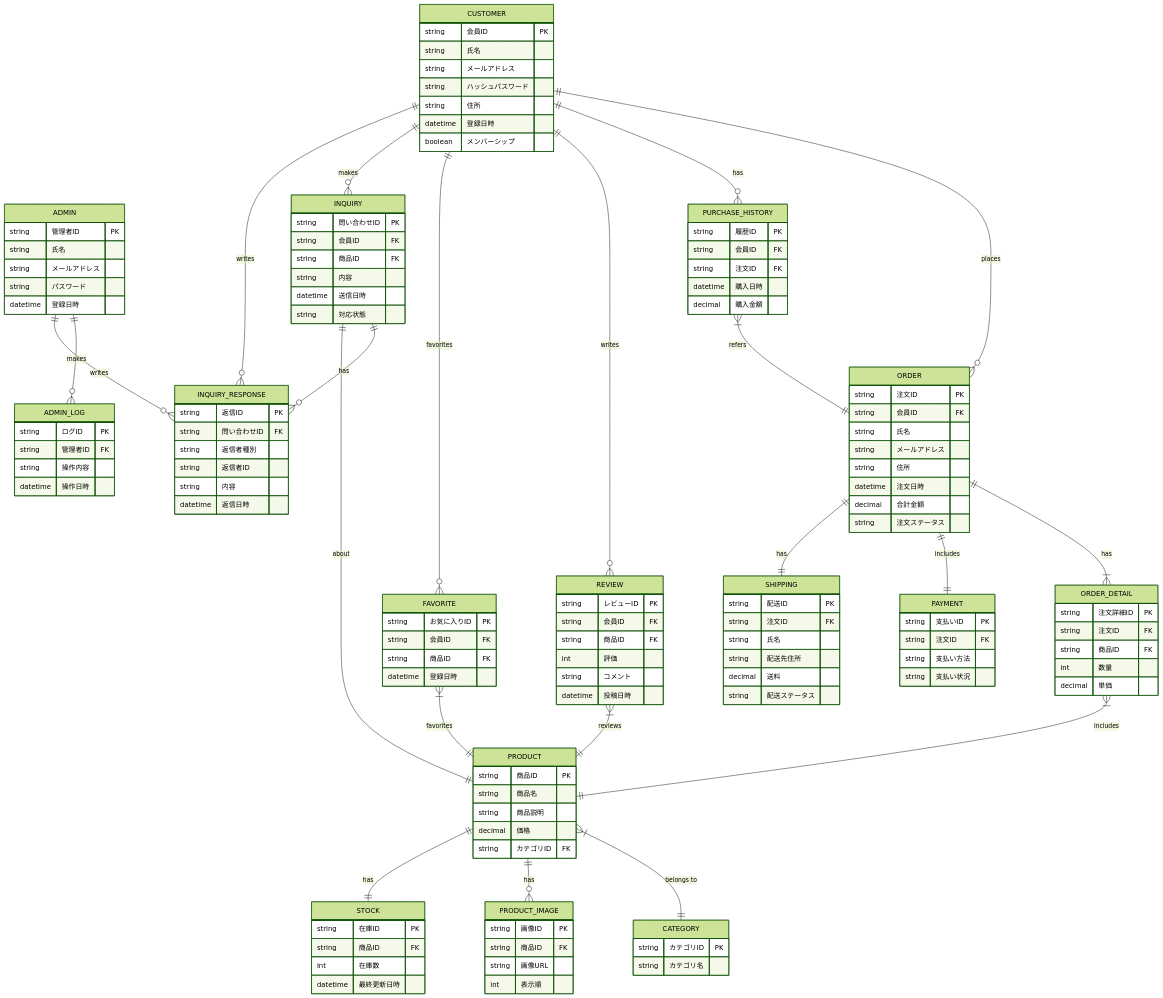
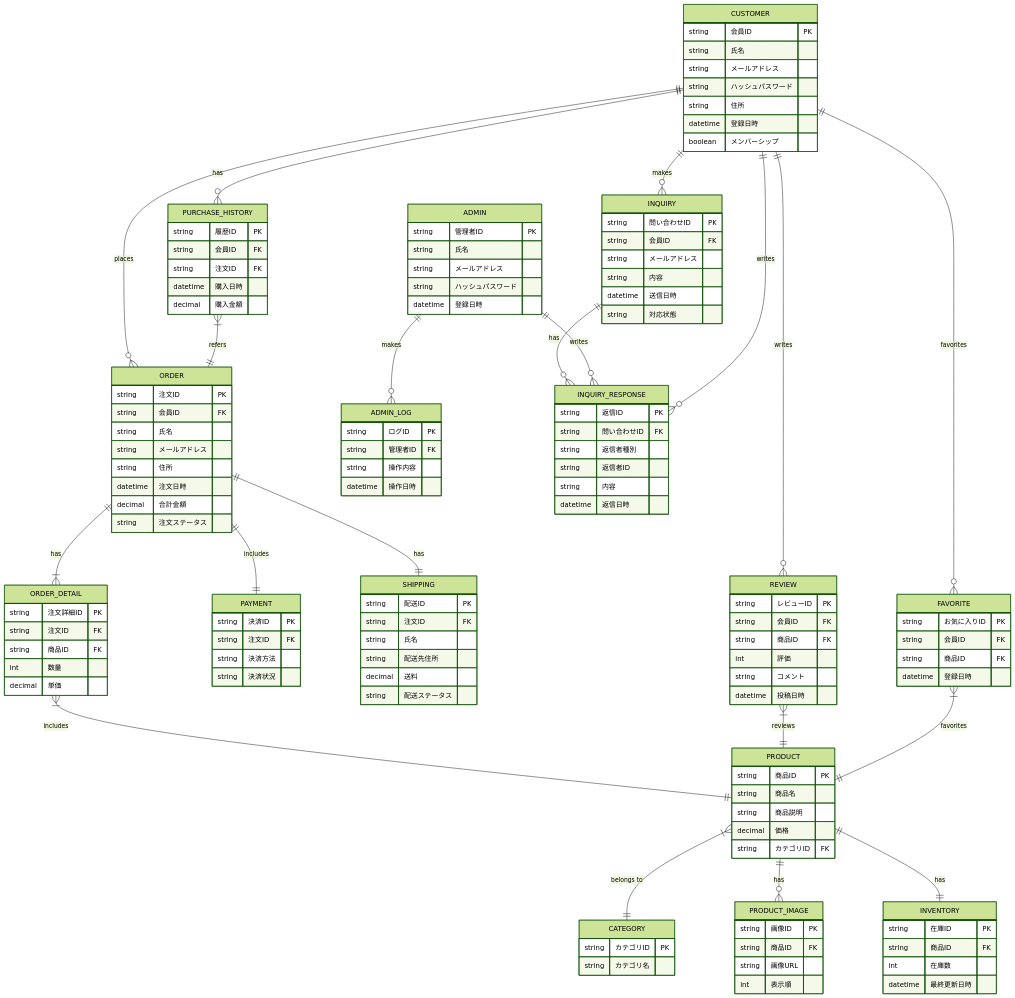
One commit to YUKlT0/Equipe changed diagram 11 of 11 in 基本設計/基本設計書.md. Above: the diagram before and after it, drawn with Mermaid (forest theme). The commit also changed other lines of this file, not shown here.

```diff
--- a/基本設計/基本設計書.md
+++ b/基本設計/基本設計書.md
@@ -807,7 +792,7 @@
     ORDER ||--|| SHIPPING : "has"
     ADMIN ||--o{ ADMIN_LOG : "makes"
 
-    PRODUCT ||--|| STOCK : "has"
+    PRODUCT ||--|| INVENTORY : "has"
     CUSTOMER ||--o{ PURCHASE_HISTORY : "has"
     CUSTOMER ||--o{ REVIEW : "writes"
     CUSTOMER ||--o{ FAVORITE : "favorites"
@@ -819,7 +804,6 @@
     PURCHASE_HISTORY }|--|| ORDER : "refers"
     REVIEW }|--|| PRODUCT : "reviews"
     FAVORITE }|--|| PRODUCT : "favorites"
-    INQUIRY ||--|| PRODUCT : "about"
 
     CUSTOMER {
         string 会員ID PK
@@ -835,7 +819,7 @@
         string 管理者ID PK
         string 氏名
         string メールアドレス
-        string パスワード
+        string ハッシュパスワード
         datetime 登録日時
     }
 
@@ -895,13 +879,13 @@
     }
 
     PAYMENT {
-        string 支払いID PK
+        string 決済ID PK
         string 注文ID FK
-        string 支払い方法
-        string 支払い状況
+        string 決済方法
+        string 決済状況
     }
 
-    STOCK {
+    INVENTORY {
         string 在庫ID PK
         string 商品ID FK
         int 在庫数
@@ -935,7 +919,7 @@
     INQUIRY {
         string 問い合わせID PK
         string 会員ID FK
-        string 商品ID FK
+        string メールアドレス
         string 内容
         datetime 送信日時
         string 対応状態
```
